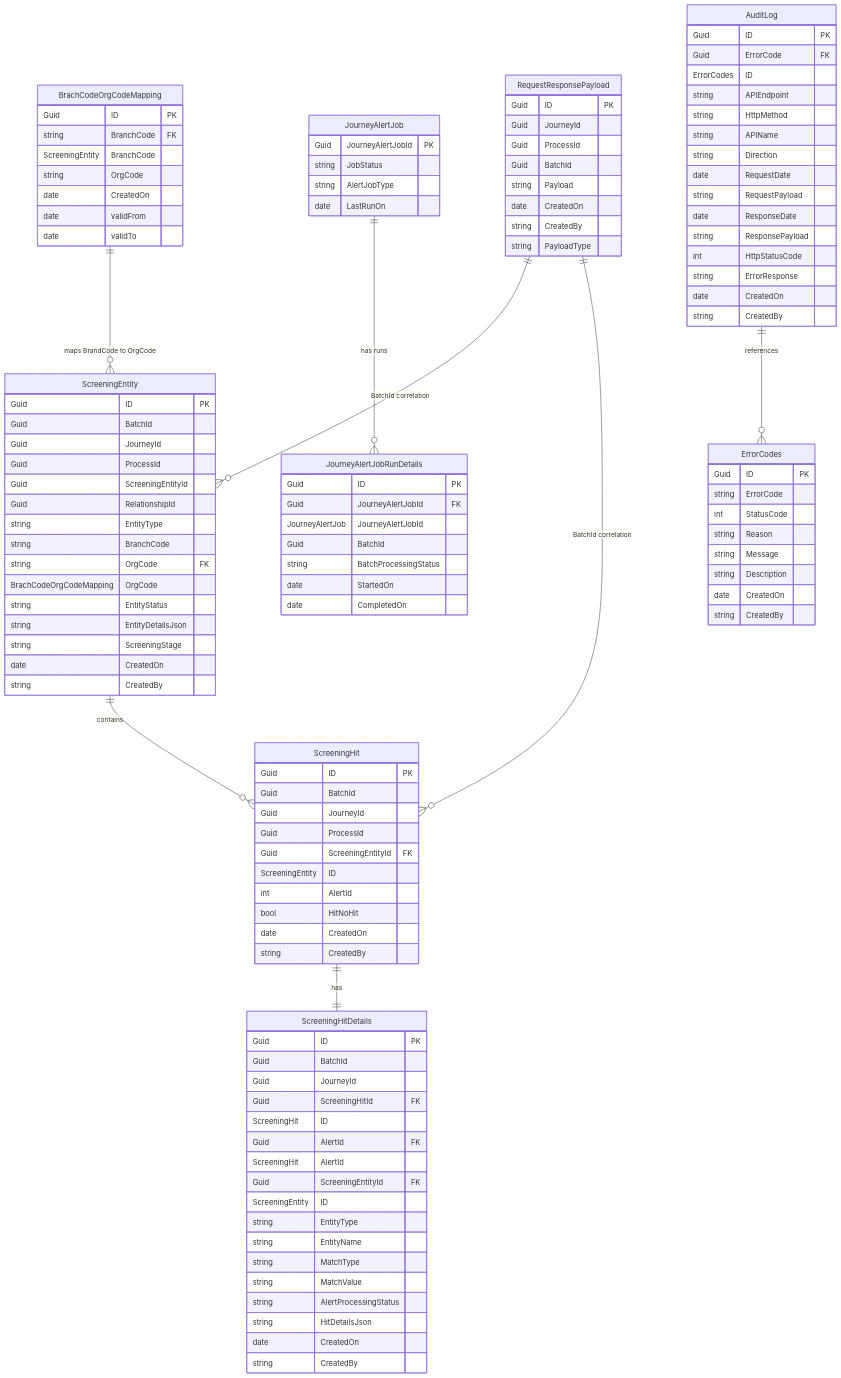
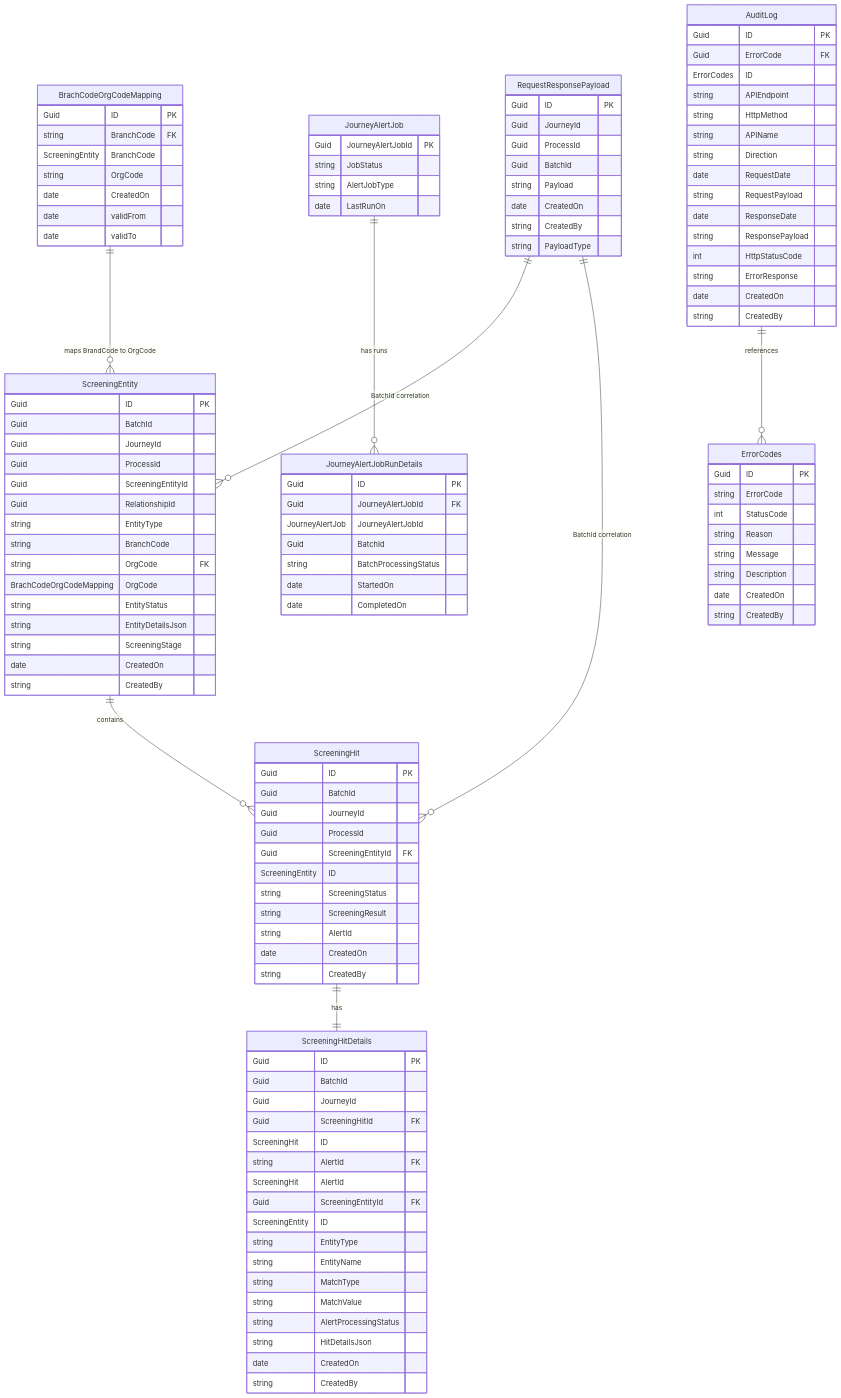
Before and after one commit to jojokoshy/Architecture_Diagrams_Python_AI: the diagram in Arch_Diagrams/v2/screenERD.mmd, drawn with Mermaid. The commit also changed 1 other file, not shown here.

Commit message:
Refactor reworkflow and screenERD diagrams: enhance main flow logic, improve error handling, and update entity attributes for clarity and consistency

```diff
--- a/Arch_Diagrams/v2/screenERD.mmd
+++ b/Arch_Diagrams/v2/screenERD.mmd
@@ -1,136 +1,141 @@
 erDiagram
     %% FK label convention:
     %%  - Relationship labels use the format "SourceField -> TargetField" to show FK -> PK mappings.
     %%  - Example: ScreeningBatch }o--|| RequestResponsePayload : "ScreenRequestPayloadId -> ID"
     %%    means ScreeningBatch.ScreenRequestPayloadId references RequestResponsePayload.ID (FK -> PK).
     %%  - Multiplicity notation follows Mermaid ER style: || = one, }o = many/optional.
 
     RequestResponsePayload {
         Guid ID PK
         Guid JourneyId
         Guid ProcessId
         Guid BatchId
         string Payload
         date CreatedOn
         string CreatedBy
         string PayloadType
         %% Notes:
         %% - JourneyId and ProcessId are intentionally duplicated in RequestResponsePayload for query convenience
         %%   (they should match the values in the parent ScreeningBatch row).
         %% - To guarantee exactly one Request and one Response per batch add a DB unique constraint:
         %%   UNIQUE(BatchId, PayloadType).
         %% - PayloadType values are expected to be 'JourneySuperGraphRequest' or 'JourneySuperGraphResponse' or EntitySuperGraphRequest or 'EntitySuperGraphResponse'
 
     }
     ScreeningEntity {
         Guid ID PK
         Guid BatchId
         Guid JourneyId
         Guid ProcessId
         Guid ScreeningEntityId
         Guid RelationshipId
         string EntityType
         %% e.g., for a person, this could be 'IND' for individual"
         string BranchCode 
         %% BranchCode will be used to Derive OrgCode from a Mapping Table
         string OrgCode FK BrachCodeOrgCodeMapping OrgCode
         string EntityStatus 
         string EntityDetailsJson
         string ScreeningStage
         date CreatedOn
         string CreatedBy
     }
     
     BrachCodeOrgCodeMapping {
         Guid ID PK
         string BranchCode FK ScreeningEntity BranchCode
         string OrgCode 
         date CreatedOn
         date validFrom
         date validTo
     }
 
     ScreeningHit {
         Guid ID PK
         Guid BatchId
         Guid JourneyId
         Guid ProcessId
         Guid ScreeningEntityId FK ScreeningEntity ID
-        int AlertId
-        bool HitNoHit
+        
+        %%% The Screening Flag indicates if the Entity Triggered a Screening - Yes/No from NetReveal - Screening Field.
+        string ScreeningStatus
+        %%% If Screening Flag is Yes then Possible Values are Hit/NoHit as returned from NetReveal - Result Field in the XML
+        string ScreeningResult
+        %%% The AlertId is only returned if Screening is Yes
+        string AlertId
         date CreatedOn
         string CreatedBy
     }
     
 
     ScreeningHitDetails {
         Guid ID PK
         Guid BatchId
         Guid JourneyId
         Guid ScreeningHitId FK ScreeningHit ID
-        Guid AlertId FK ScreeningHit AlertId
+        string AlertId FK ScreeningHit AlertId
         Guid ScreeningEntityId FK ScreeningEntity ID
         string EntityType
         string EntityName
         string MatchType
         string MatchValue
         string AlertProcessingStatus
         string HitDetailsJson
         date CreatedOn
         string CreatedBy
 
     }
     
     JourneyAlertJob {
         Guid JourneyAlertJobId PK
         string JobStatus
         %% This will store values to indicate if the alert job is using NetReveal as Alert source or the Database as Alert source ( used for proceessing open alerts)
         string AlertJobType
         date LastRunOn
         
     }
     JourneyAlertJobRunDetails {
         Guid ID PK
         Guid JourneyAlertJobId FK JourneyAlertJob JourneyAlertJobId
         Guid BatchId
         string BatchProcessingStatus
         date StartedOn
         date CompletedOn
     }
 
     AuditLog {
         Guid ID PK
         Guid ErrorCode FK ErrorCodes ID
         string APIEndpoint
         string HttpMethod
         string APIName
         string Direction
         date RequestDate
         string RequestPayload
         date ResponseDate
         string ResponsePayload
         int HttpStatusCode
         string ErrorResponse
         date CreatedOn
         string CreatedBy
     }
     
 
     ErrorCodes {
         Guid ID PK
         string ErrorCode
         int StatusCode
         string Reason
         string Message
         string Description
         date CreatedOn
         string CreatedBy
     }
     
 
     
     ScreeningEntity ||--o{ ScreeningHit : contains
     ScreeningHit ||--|| ScreeningHitDetails : has
     AuditLog ||--o{ ErrorCodes : references    JourneyAlertJob ||--o{ JourneyAlertJobRunDetails : "has runs"
     BrachCodeOrgCodeMapping ||--o{ ScreeningEntity : "maps BrandCode to OrgCode"RequestResponsePayload ||--o{ ScreeningEntity : "BatchId correlation"
 RequestResponsePayload ||--o{ ScreeningHit : "BatchId correlation"
```
